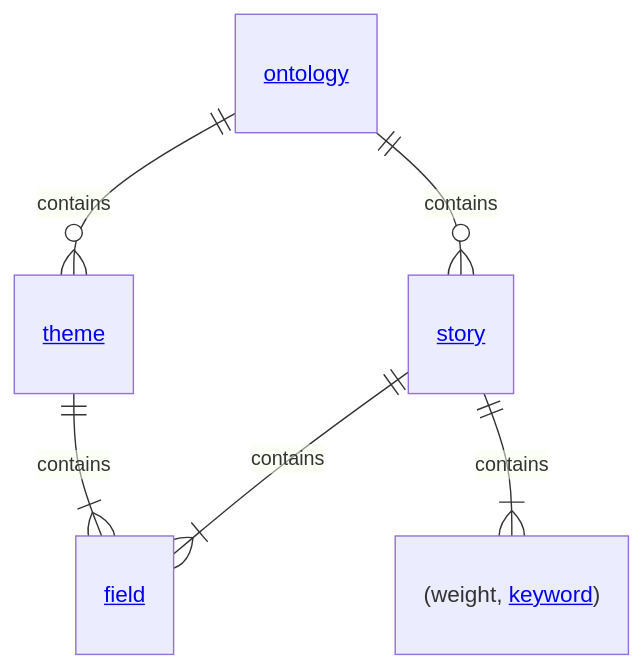
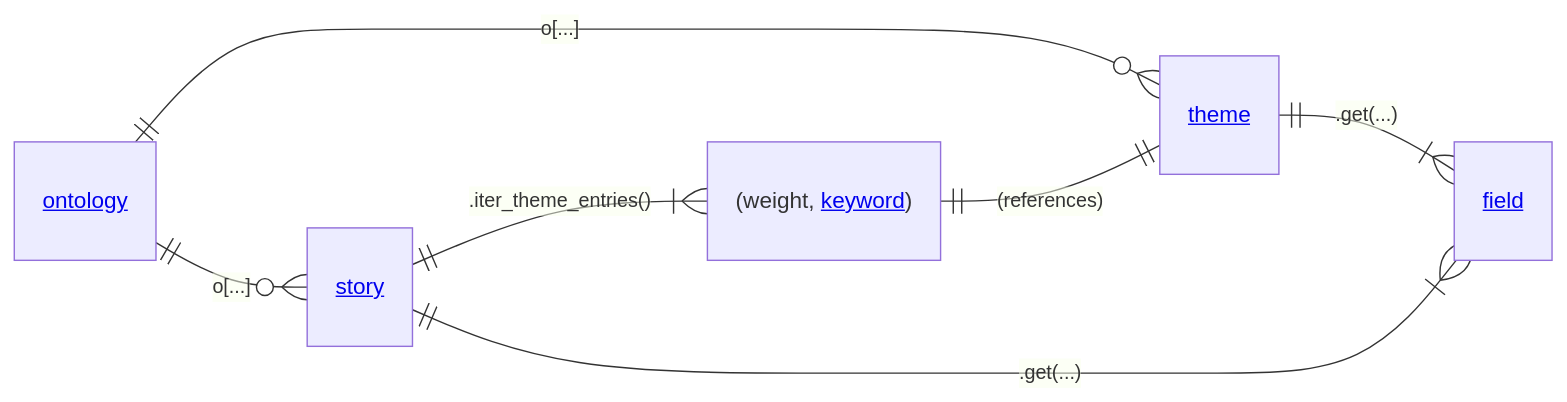
One commit to theme-ontology/python-totolo changed the diagram in README.md. Above: the diagram before and after it, drawn with Mermaid.

````diff
--- a/README.md
+++ b/README.md
@@ -17,8 +17,10 @@
 ```mermaid
 erDiagram
-    "<A href='https://github.com/theme-ontology/python-totolo/blob/main/totolo/ontology.py'>ontology</A>" ||--o{ "<A href='https://github.com/theme-ontology/python-totolo/blob/main/totolo/story.py'>story</A>" : contains
-    "<A href='https://github.com/theme-ontology/python-totolo/blob/main/totolo/ontology.py'>ontology</A>" ||--o{ "<A href='https://github.com/theme-ontology/python-totolo/blob/main/totolo/theme.py'>theme</A>" : contains
-    "<A href='https://github.com/theme-ontology/python-totolo/blob/main/totolo/theme.py'>theme</A>" ||--|{ "<A href='https://github.com/theme-ontology/python-totolo/blob/main/totolo/field.py'>field</A>" : contains
-    "<A href='https://github.com/theme-ontology/python-totolo/blob/main/totolo/story.py'>story</A>" ||--|{ "<A href='https://github.com/theme-ontology/python-totolo/blob/main/totolo/field.py'>field</A>" : contains
-    "<A href='https://github.com/theme-ontology/python-totolo/blob/main/totolo/story.py'>story</A>" ||--|{ "(weight, <A href='https://github.com/theme-ontology/python-totolo/blob/main/totolo/keyword.py'>keyword</A>)" : contains
+    direction LR
+    "<A href='https://github.com/theme-ontology/python-totolo/blob/main/totolo/ontology.py'>ontology</A>" ||--o{ "<A href='https://github.com/theme-ontology/python-totolo/blob/main/totolo/story.py'>story</A>" : "o[...]"
+    "<A href='https://github.com/theme-ontology/python-totolo/blob/main/totolo/ontology.py'>ontology</A>" ||--o{ "<A href='https://github.com/theme-ontology/python-totolo/blob/main/totolo/theme.py'>theme</A>" : "o[...]"
+    "<A href='https://github.com/theme-ontology/python-totolo/blob/main/totolo/theme.py'>theme</A>" ||--|{ "<A href='https://github.com/theme-ontology/python-totolo/blob/main/totolo/field.py'>field</A>" : ".get(...)"
+    "<A href='https://github.com/theme-ontology/python-totolo/blob/main/totolo/story.py'>story</A>" ||--|{ "<A href='https://github.com/theme-ontology/python-totolo/blob/main/totolo/field.py'>field</A>" : ".get(...)"
+    "<A href='https://github.com/theme-ontology/python-totolo/blob/main/totolo/story.py'>story</A>" ||--|{ "(weight, <A href='https://github.com/theme-ontology/python-totolo/blob/main/totolo/keyword.py'>keyword</A>)" : ".iter_theme_entries()"
+    "(weight, <A href='https://github.com/theme-ontology/python-totolo/blob/main/totolo/keyword.py'>keyword</A>)" ||--|| "<A href='https://github.com/theme-ontology/python-totolo/blob/main/totolo/theme.py'>theme</A>" : "(references)"
 ```
````
